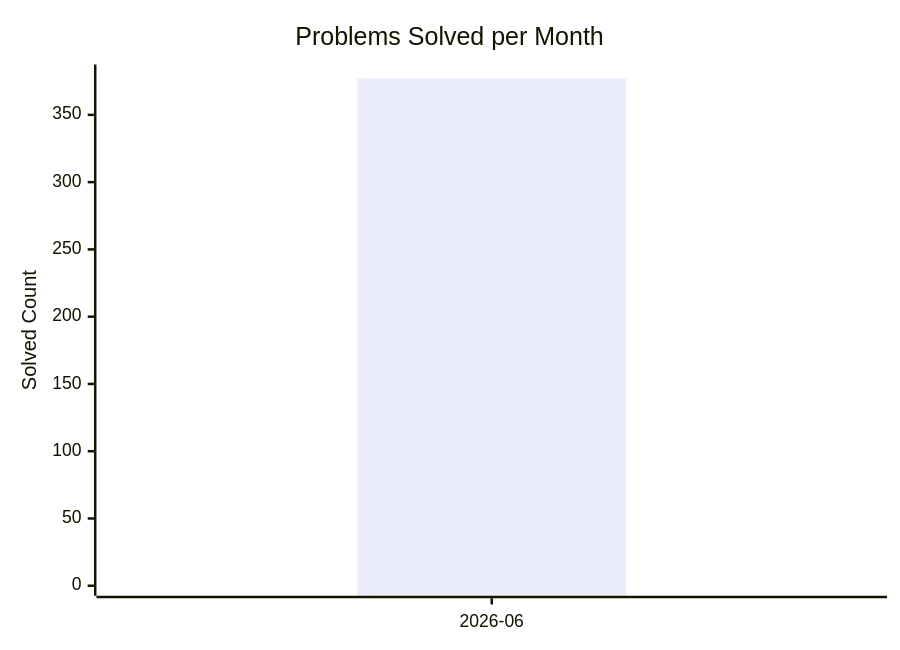
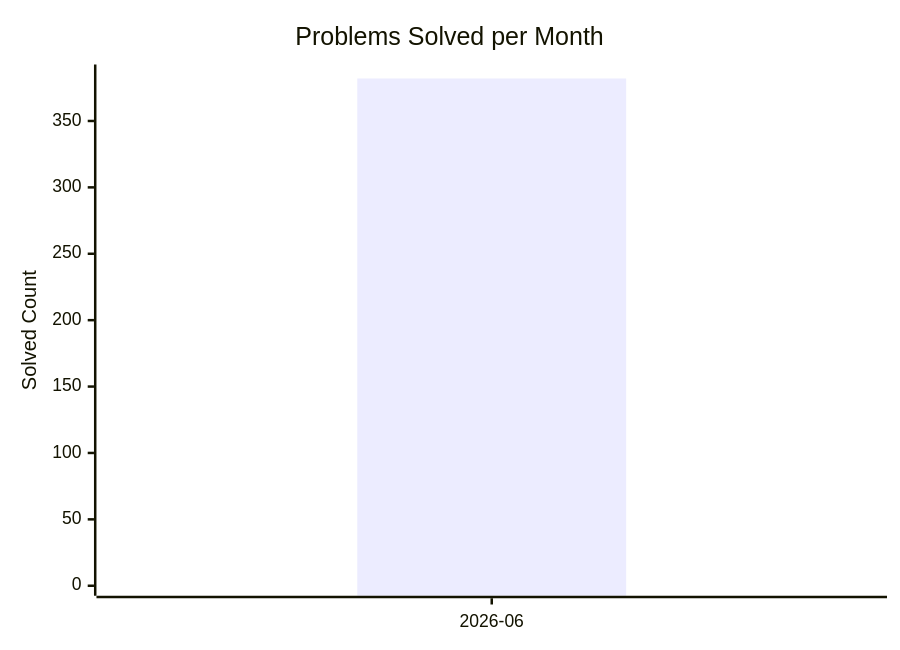
Before and after one commit to AdityaPandey-DEV/CP-Progress-Sync: the diagram in dashboard.md, drawn with Mermaid. The commit also changed other lines of this file, not shown here.

Commit message:
Auto-update CP dashboard [skip ci]

````diff
--- a/dashboard.md
+++ b/dashboard.md
@@ -8,8 +8,8 @@
 ```mermaid
 xychart-beta
     title "Problems Solved per Month"
     x-axis ["2026-06"]
-    y-axis "Solved Count" 0 --> 380
-    bar [377]
-    line [377]
+    y-axis "Solved Count" 0 --> 385
+    bar [382]
+    line [382]
 ```
````
